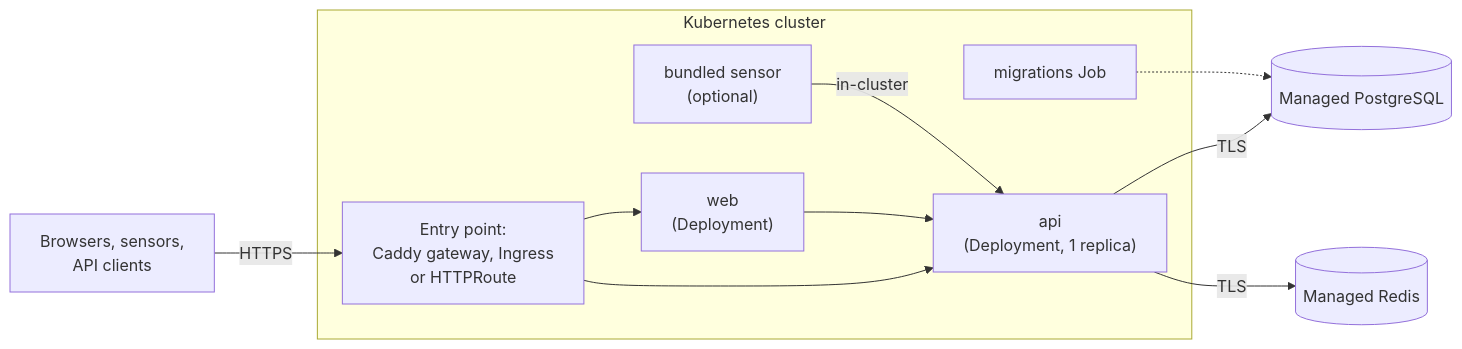
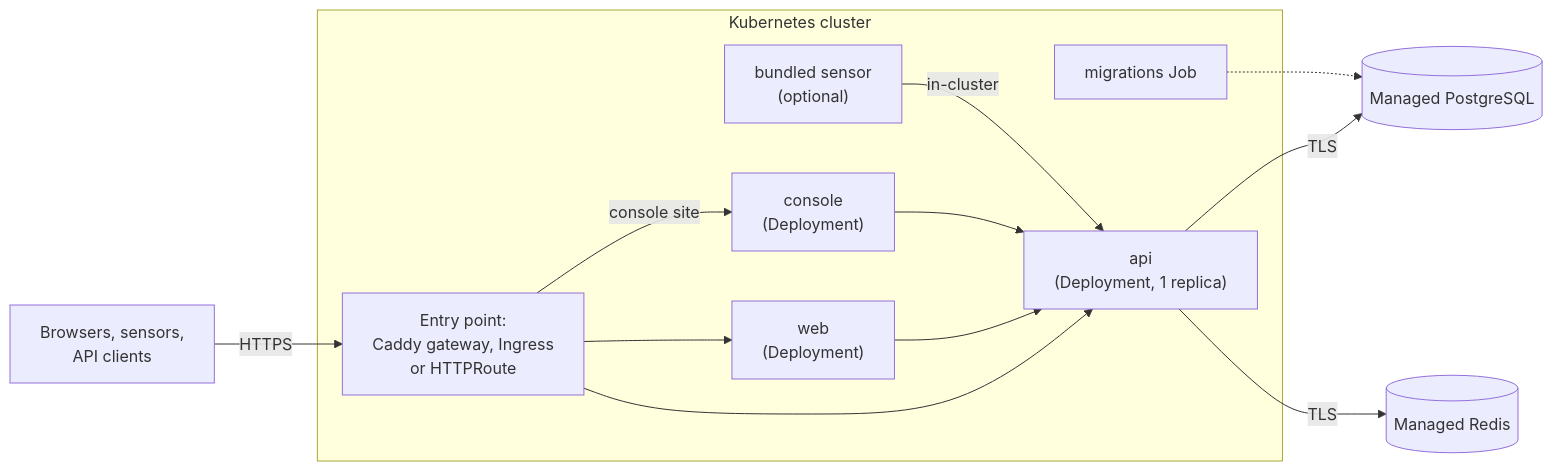
One commit to openctemio/docs changed the third of 5 diagrams in install/index.md. Above: the diagram before and after it, drawn with Mermaid. The commit also changed other lines of this file and 11 other files, not shown here.

````diff
--- a/install/index.md
+++ b/install/index.md
@@ -86,14 +88,16 @@
 ```mermaid
 flowchart LR
     C["Browsers, sensors,<br/>API clients"] -->|HTTPS| ENT
     subgraph k8s["Kubernetes cluster"]
         ENT["Entry point:<br/>Caddy gateway, Ingress<br/>or HTTPRoute"] --> WEB["web<br/>(Deployment)"]
         ENT --> API["api<br/>(Deployment, 1 replica)"]
+        ENT -->|"console site"| CON["console<br/>(Deployment)"]
         WEB --> API
+        CON --> API
         MIG["migrations Job"]
         BS["bundled sensor<br/>(optional)"] -->|"in-cluster"| API
     end
     API -->|TLS| PG[("Managed PostgreSQL")]
     API -->|TLS| RD[("Managed Redis")]
     MIG -.-> PG
 ```
````
